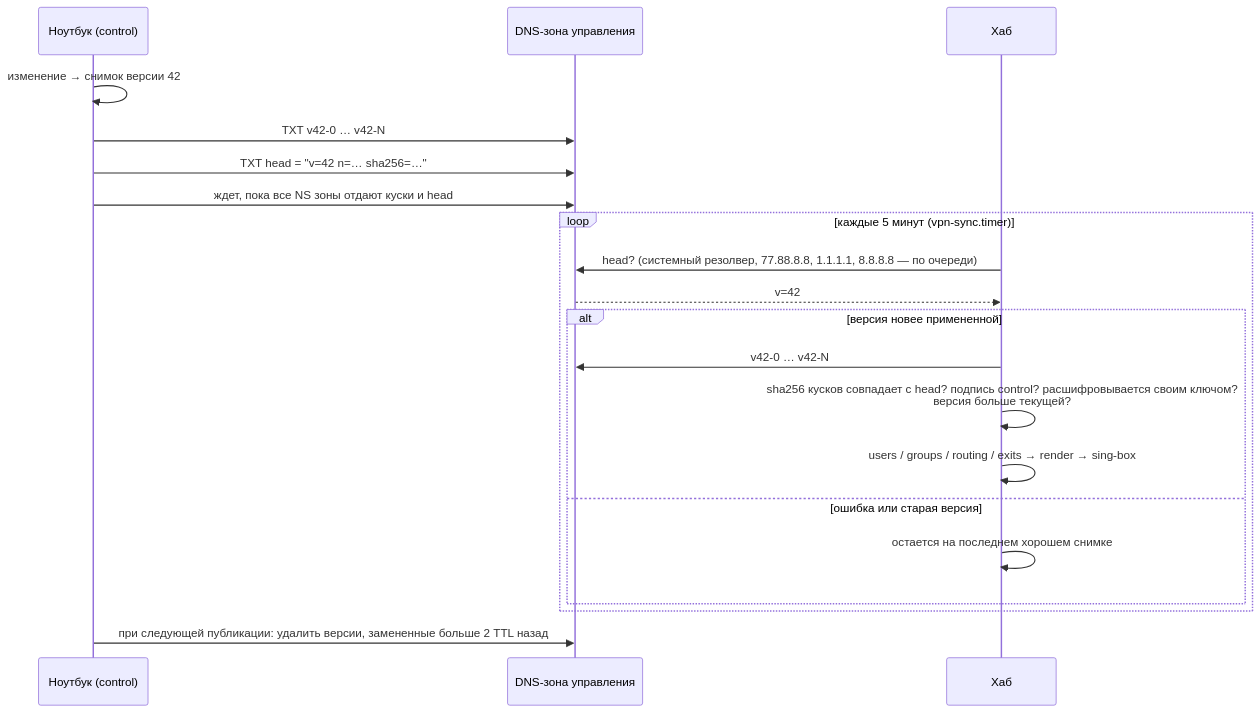
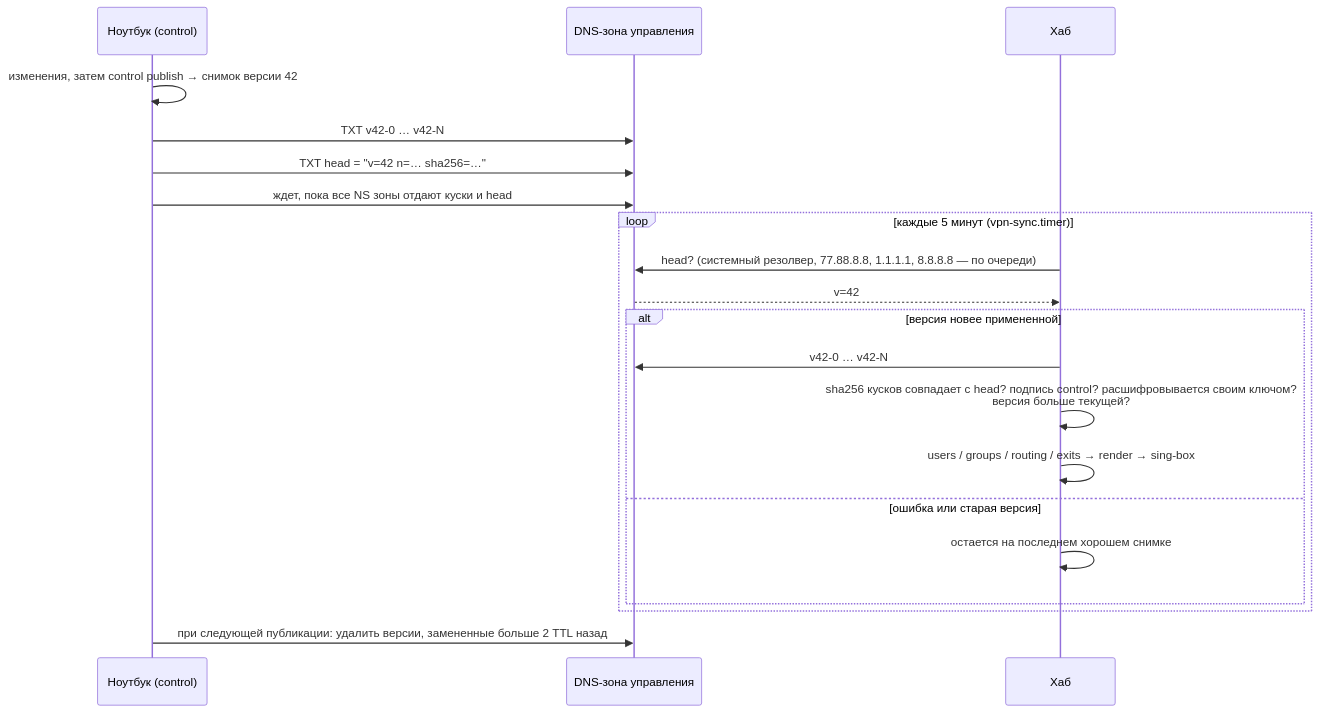
Before and after one commit to Dx-by-Dy/custom-vpn: the sixth of 7 diagrams in ARCHITECTURE.md, drawn with Mermaid. The commit also changed other lines of this file and 2 other files, not shown here.

Commit message:
Docs: changes are saved in control, control publish sends them, control diff

````diff
--- a/ARCHITECTURE.md
+++ b/ARCHITECTURE.md
@@ -192,23 +192,23 @@
 ```mermaid
 sequenceDiagram
   participant L as Ноутбук (control)
   participant D as DNS-зона управления
   participant H as Хаб
 
-  L->>L: изменение → снимок версии 42
+  L->>L: изменения, затем control publish → снимок версии 42
   L->>D: TXT v42-0 … v42-N
   L->>D: TXT head = "v=42 n=… sha256=…"
   L->>D: ждет, пока все NS зоны отдают куски и head
   loop каждые 5 минут (vpn-sync.timer)
     H->>D: head? (системный резолвер, 77.88.8.8, 1.1.1.1, 8.8.8.8 — по очереди)
     D-->>H: v=42
     alt версия новее примененной
       H->>D: v42-0 … v42-N
       H->>H: sha256 кусков совпадает с head? подпись control? расшифровывается своим ключом?<br/>версия больше текущей?
       H->>H: users / groups / routing / exits → render → sing-box
     else ошибка или старая версия
       H->>H: остается на последнем хорошем снимке
     end
   end
   L->>D: при следующей публикации: удалить версии, замененные больше 2 TTL назад
 ```
````
